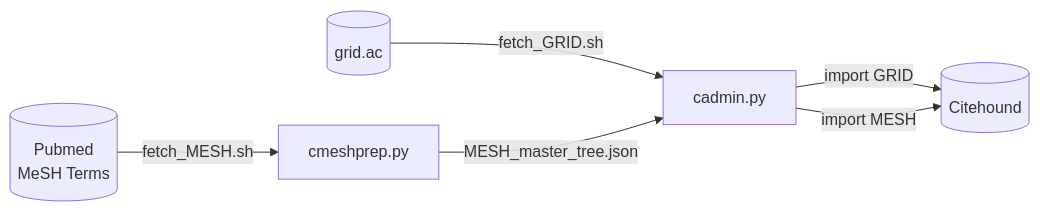
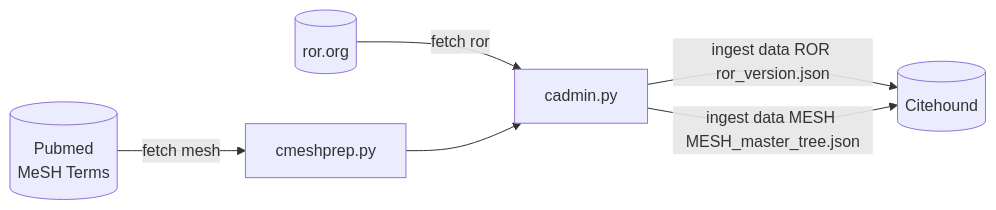
One commit to aanastasiou/citehound changed the diagram in doc/source/installation.rst. Above: the diagram before and after it, drawn with Mermaid. The commit also changed 1 other file, not shown here.

Commit message:
Added functionality to list established projects, updated docs

```diff
--- a/doc/source/installation.rst
+++ b/doc/source/installation.rst
@@ -160,15 +160,15 @@
 .. mermaid::
 
    graph LR;
        PB2[(Pubmed<br/>MeSH Terms)];
-       GRID[(grid.ac)];
+       GRID[(ror.org)];
        BibAdmin[cadmin.py];
        BibMESH[cmeshprep.py];
        BibDB[(Citehound)];
 
-       GRID -- fetch_GRID.sh --> BibAdmin;
-       BibAdmin -- import GRID --> BibDB;
+       GRID -- fetch ror --> BibAdmin;
+       BibAdmin -- ingest data ROR ror_version.json --> BibDB;
 
-       PB2-- fetch_MESH.sh --> BibMESH;
-       BibMESH -- MESH_master_tree.json --> BibAdmin;
-       BibAdmin -- import MESH --> BibDB;
+       PB2 -- fetch mesh--> BibMESH;
+       BibMESH --> BibAdmin;
+       BibAdmin -- ingest data MESH MESH_master_tree.json --> BibDB;
```
